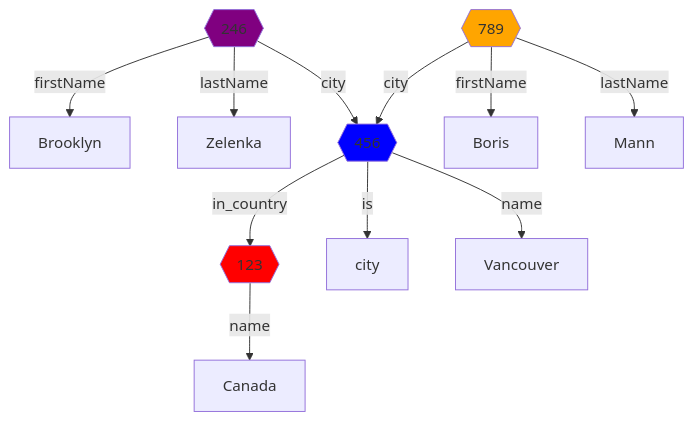
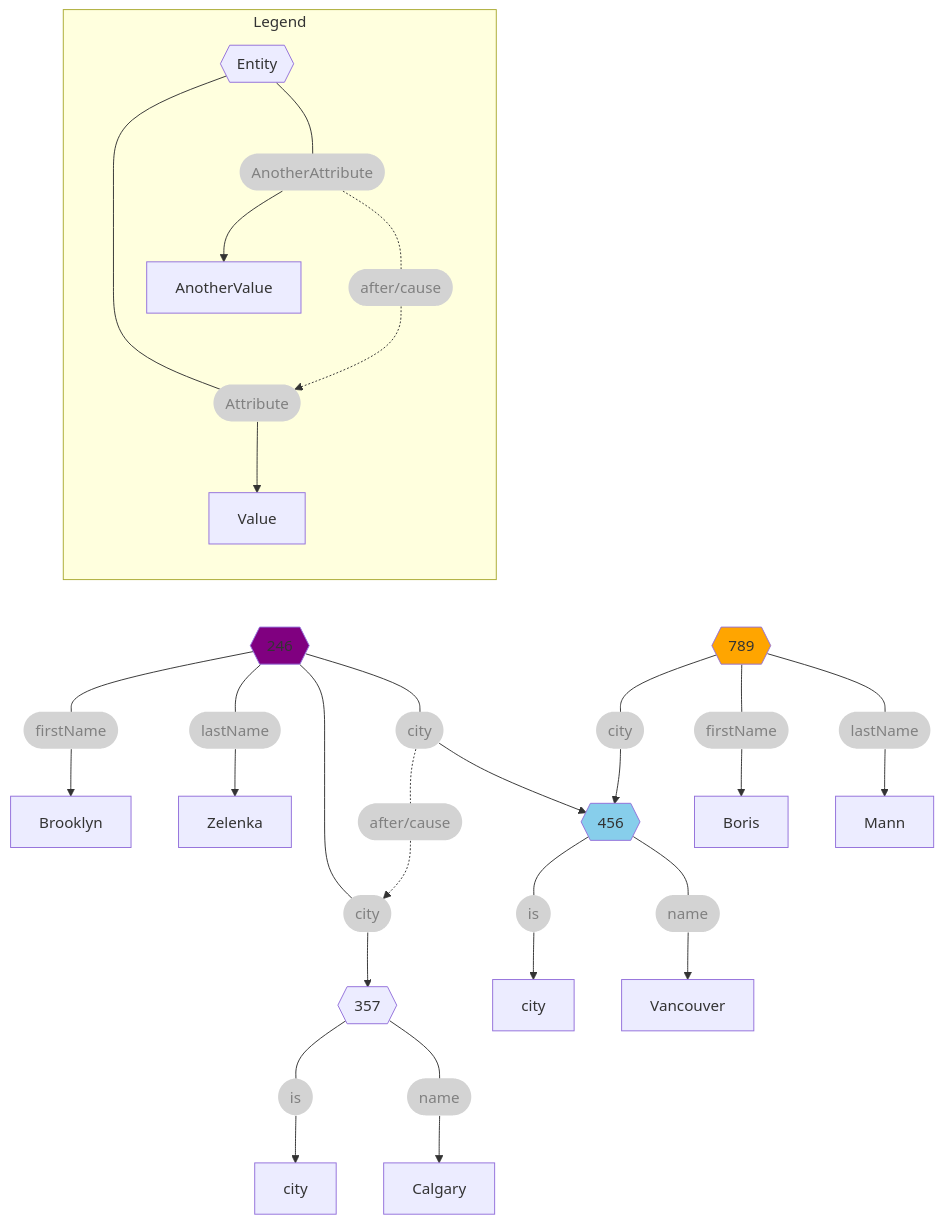
The first of 2 diagrams in README.md (RhizomeDB/spec), drawn with Mermaid before and after one commit.

````diff
--- a/README.md
+++ b/README.md
@@ -266,21 +266,35 @@
 ``` mermaid
 flowchart TB
-    entityCA{{123}} -- name --> Canada
+    subgraph Legend
+      direction TB
+      entity{{Entity}} --- att([Attribute]):::attr --> Value
+      entity --- att2([AnotherAttribute]):::attr --> AnotherValue
+      att2 -.- cause([after/cause]):::attr -.-> att
+    end
 
-    entityBZ{{246}} -- firstName --> Brooklyn
-    entityBZ -- lastName --> Zelenka
-    entityBZ -- city --> entityVC
+    Legend ~~~ entityBZ
 
-    entityBM{{789}} -- firstName --> Boris
-    entityBM -- lastName --> Mann
-    entityBM -- city --> entityVC
+    entityBZ{{246}} --- bzFN([firstName]):::attr --> Brooklyn
+    entityBZ --- bzLN([lastName]):::attr --> Zelenka
 
-        entityVC{{456}} -- is --> city
-    entityVC -- name --> Vancouver
-    entityVC -- in_country --> entityCA
+    bzNewCity -.- after([after/cause]):::attr .-> bzOldCity
+
+    entityBZ --- bzOldCity([city]):::attr --> entityCgy
+    entityBZ --- bzNewCity([city]):::attr --> entityVC
+
+    entityBM --- bmCity([city]):::attr --> entityVC
+    entityBM{{789}} --- bmFN([firstName]):::attr --> Boris
+    entityBM --- bmLN([lastName]):::attr --> Mann
+
+    entityCgy{{357}} --- calIs([is]):::attr --> calCty[city]
+    entityCgy --- calName([name]):::attr --> Calgary
+
+    entityVC{{456}} --- vcIs([is]):::attr --> vcCty[city]
+    entityVC --- vcName([name]):::attr --> Vancouver
 
     style entityBM fill:orange
     style entityBZ fill:purple
-    style entityVC fill:blue
-    style entityCA fill:red
+    style entityVC fill:skyblue
+
+    classDef attr fill:lightgrey,color:grey,stroke:none;
 ```
````
